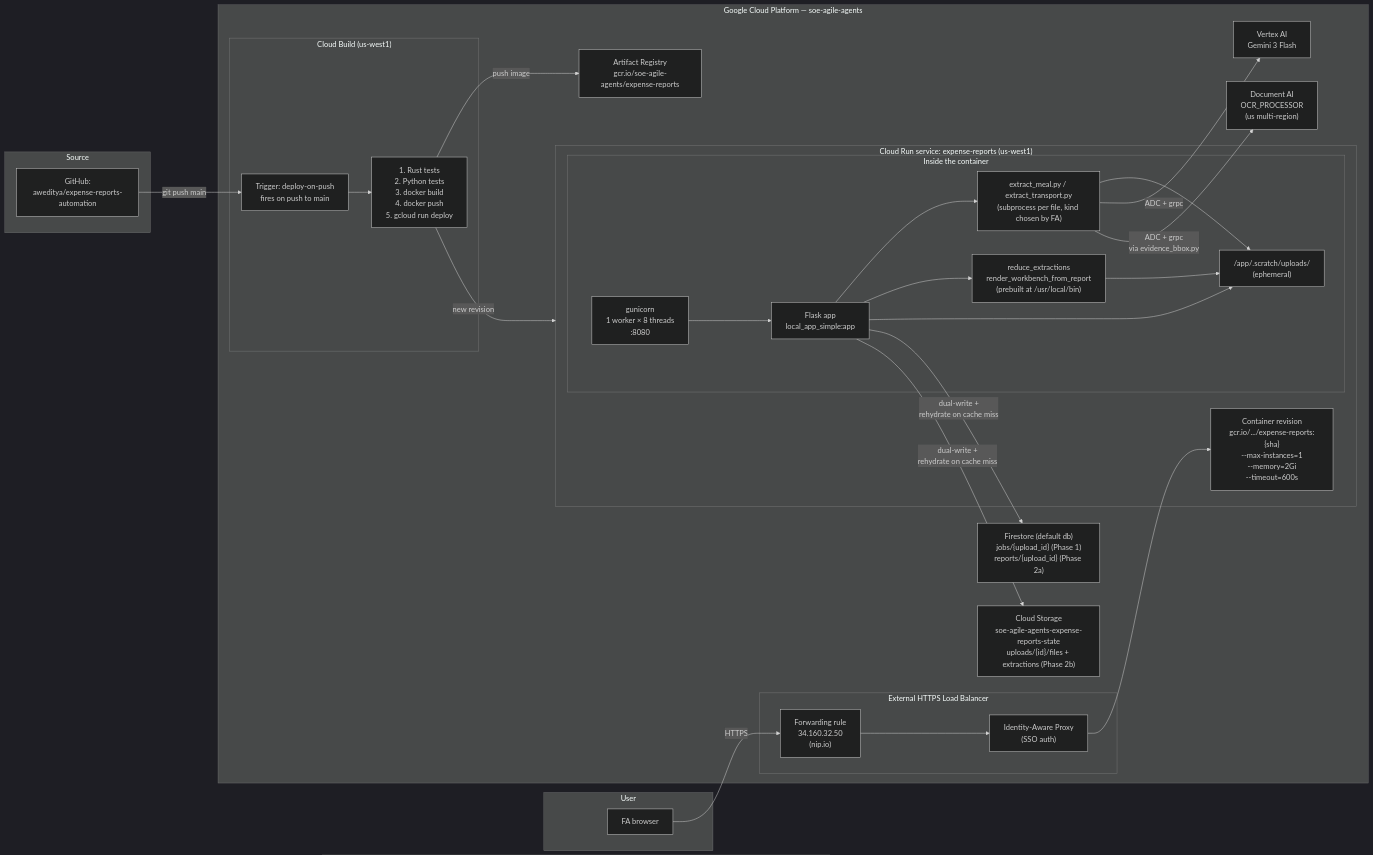
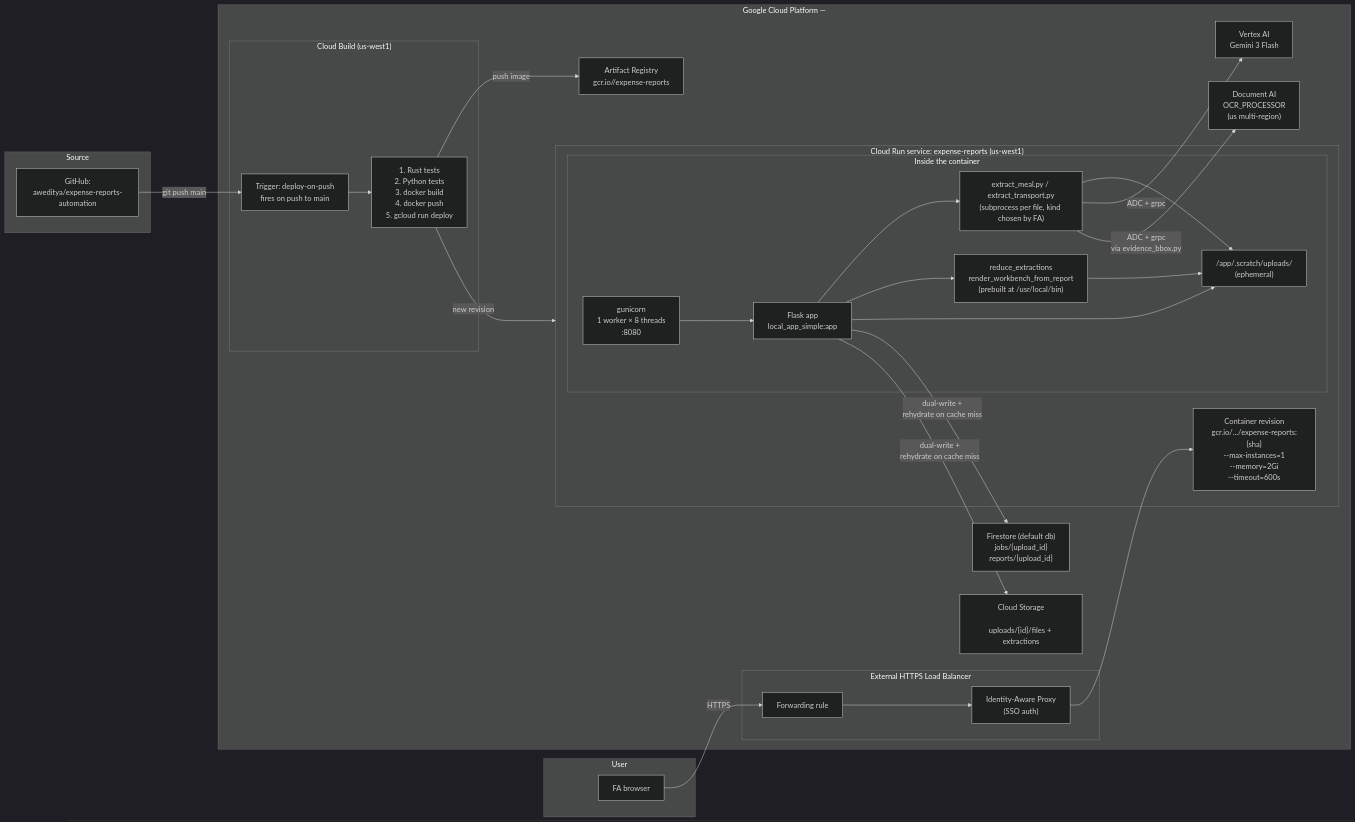
The fourth of 5 diagrams in docs/SPEC.md (aweditya/expense-reports-automation), drawn with Mermaid (dark theme) before and after one commit. The commit also changed other lines of this file and 6 other files, not shown here.

````diff
--- a/docs/SPEC.md
+++ b/docs/SPEC.md
@@ -254,58 +252,58 @@
 ```mermaid
 graph LR
     subgraph User["User"]
         Browser["FA browser"]
     end
 
-    subgraph GCP["Google Cloud Platform — soe-agile-agents"]
+    subgraph GCP["Google Cloud Platform — <gcp-project>"]
         subgraph LB["External HTTPS Load Balancer"]
-            LBFR["Forwarding rule<br/>34.160.32.50<br/>(nip.io)"]
+            LBFR["Forwarding rule<br/><deployment-ip>"]
             IAP["Identity-Aware Proxy<br/>(SSO auth)"]
         end
 
         subgraph CR["Cloud Run service: expense-reports (us-west1)"]
             Container["Container revision<br/>gcr.io/.../expense-reports:{sha}<br/>--max-instances=1<br/>--memory=2Gi<br/>--timeout=600s"]
             subgraph Process["Inside the container"]
                 Gunicorn["gunicorn<br/>1 worker × 8 threads<br/>:8080"]
                 Flask2["Flask app<br/>local_app_simple:app"]
                 PyExt["extract_meal.py / extract_transport.py<br/>(subprocess per file, kind chosen by FA)"]
                 RustBin["reduce_extractions<br/>render_workbench_from_report<br/>(prebuilt at /usr/local/bin)"]
                 Scratch["/app/.scratch/uploads/<br/>(ephemeral)"]
             end
         end
 
         Vertex["Vertex AI<br/>Gemini 3 Flash"]
         DocAI3["Document AI<br/>OCR_PROCESSOR<br/>(us multi-region)"]
-        Registry["Artifact Registry<br/>gcr.io/soe-agile-agents/expense-reports"]
-        Firestore["Firestore (default db)<br/>jobs/{upload_id} (Phase 1)<br/>reports/{upload_id} (Phase 2a)"]
-        GCS["Cloud Storage<br/>soe-agile-agents-expense-reports-state<br/>uploads/{id}/files + extractions (Phase 2b)"]
+        Registry["Artifact Registry<br/>gcr.io/<gcp-project>/expense-reports"]
+        Firestore["Firestore (default db)<br/>jobs/{upload_id}<br/>reports/{upload_id}"]
+        GCS["Cloud Storage<br/><bucket-name><br/>uploads/{id}/files + extractions"]
 
         subgraph CB["Cloud Build (us-west1)"]
             Trigger["Trigger: deploy-on-push<br/>fires on push to main"]
             BuildSteps["1. Rust tests<br/>2. Python tests<br/>3. docker build<br/>4. docker push<br/>5. gcloud run deploy"]
         end
     end
 
     subgraph Source["Source"]
         GH["GitHub:<br/>aweditya/expense-reports-automation"]
     end
 
     Browser -->|HTTPS| LBFR
     LBFR --> IAP
     IAP --> Container
     Gunicorn --> Flask2
     Flask2 --> PyExt
     Flask2 --> RustBin
     Flask2 --> Scratch
     PyExt --> Scratch
     RustBin --> Scratch
     PyExt -->|ADC + grpc| Vertex
     PyExt -->|ADC + grpc<br/>via evidence_bbox.py| DocAI3
     Flask2 -->|dual-write +<br/>rehydrate on cache miss| Firestore
     Flask2 -->|dual-write +<br/>rehydrate on cache miss| GCS
 
     GH -->|git push main| Trigger
     Trigger --> BuildSteps
     BuildSteps -->|push image| Registry
     BuildSteps -->|new revision| CR
 ```
````
